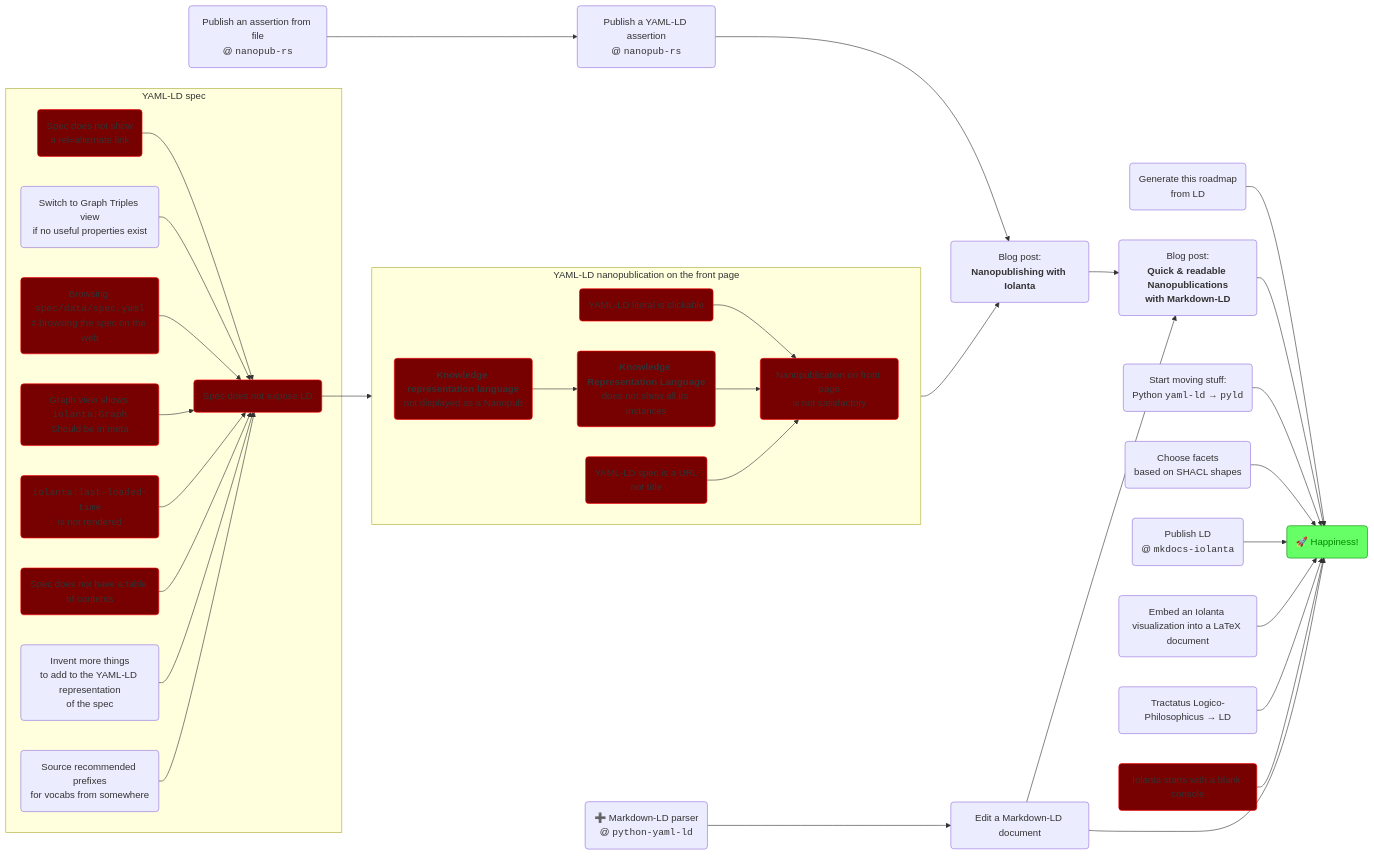
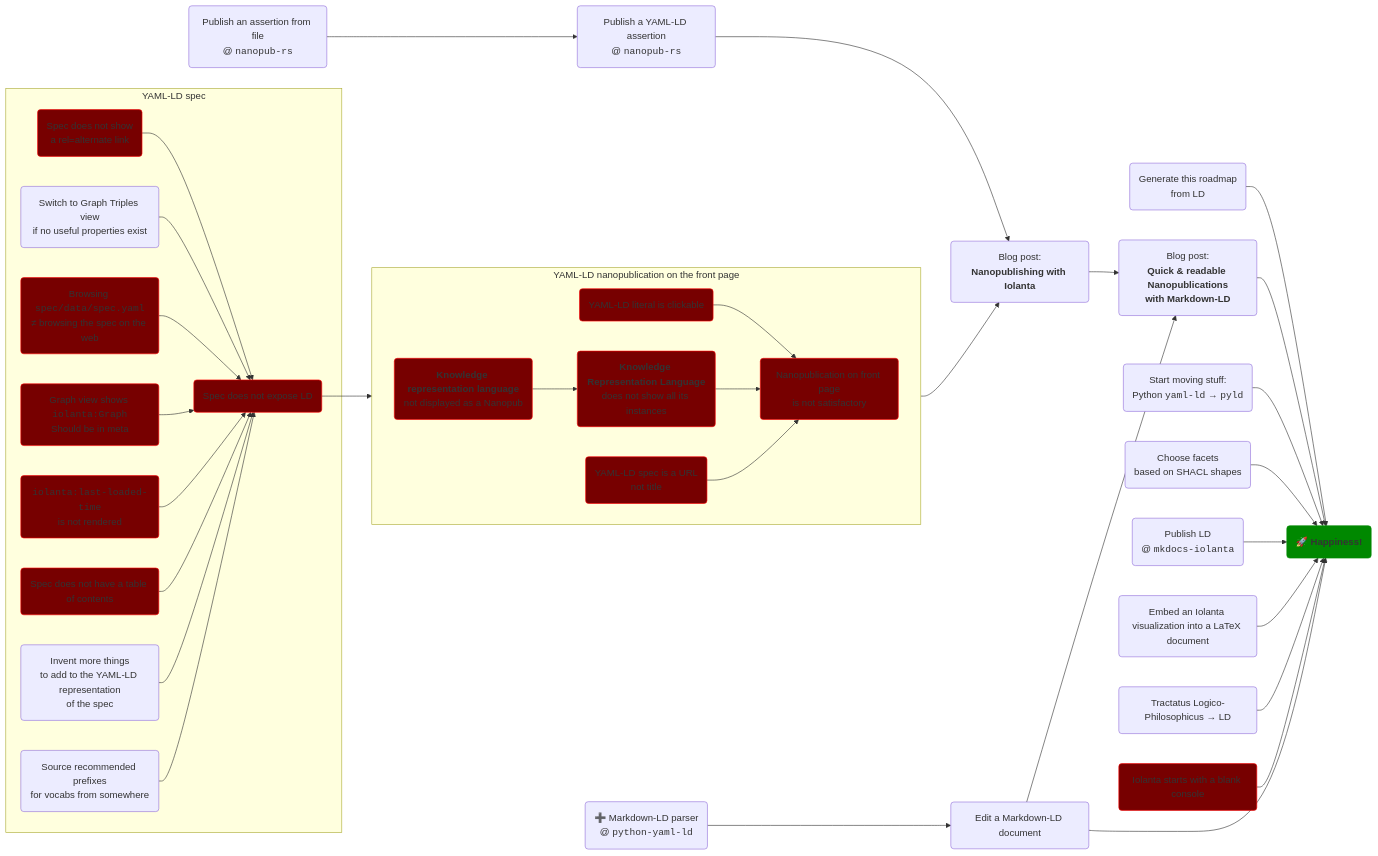
Before and after one commit to iolanta-tech/iolanta: the diagram in docs/roadmap.md, drawn with Mermaid.

Commit message:
Colors of happiness

````diff
--- a/docs/roadmap.md
+++ b/docs/roadmap.md
@@ -15,74 +15,74 @@
 ```mermaid
 graph LR
     happiness("🚀 Happiness!")
-    classDef happiness fill:#6f6,color:#080,stroke:#080,stroke-width:1px;
+    classDef happiness fill:#080,stroke:#080,stroke-width:1px,font-weight:bold;
     class happiness happiness
     
     generate-roadmap("Generate this roadmap<br/>from LD") --> happiness
     
     nanopub-blog-post("Blog post:<br/><strong>Nanopublishing with Iolanta</strong>") --> markdown-nanopub-blog-post("Blog post:<br/><strong>Quick & readable Nanopublications<br/>with Markdown-LD") --> happiness
     
     nanopub-rs-graph("Publish an assertion from file<br/>@ <code>nanopub-rs</code>") --> nanopub-yaml-ld("Publish a YAML-LD assertion<br/>@ <code>nanopub-rs</code>") --> nanopub-blog-post
     
     plan-yaml-ld-to-pyld("Start moving stuff:<br/>Python <code>yaml-ld</code> → <code>pyld</code>") --> happiness
     
     shacl("Choose facets<br/>based on SHACL shapes") --> happiness
     publish-with-mkdocs("Publish LD<br/>@ <code>mkdocs-iolanta</code>") --> happiness
     
     tex("Embed an Iolanta visualization into a LaTeX document") --> happiness
     tractatus("Tractatus Logico-Philosophicus → LD") --> happiness
     
     starts-from-console("Iolanta starts with a blank console") --> happiness
     class starts-from-console bug
     
     subgraph "YAML-LD nanopublication on the front page"
         direction LR
         nanopublication-is-not-satisfactory("Nanopublication on front page<br/>is not satisfactory")
         class nanopublication-is-not-satisfactory bug
         
         literal-clickable("YAML-LD literal is clickable") --> nanopublication-is-not-satisfactory
         click literal-clickable "https://github.com/iolanta-tech/iolanta/issues/260"
         class literal-clickable bug
         
         fip-term-messy("<strong>Knowledge representation language</strong><br/>not displayed as a Nanopub") --> fip-term-instances("<strong>Knowledge Representation Language</strong><br/>does not show all its instances") --> nanopublication-is-not-satisfactory
         class fip-term-messy bug
         class fip-term-instances bug
         
         spec("YAML-LD spec is a URL<br/>not title") --> nanopublication-is-not-satisfactory
         class spec bug
     end
     
     subgraph "YAML-LD spec"
         spec-not-ld("Spec does not expose LD") --> spec
         class spec-not-ld bug
 
         rel-alternate("Spec does not show<br/>a rel=alternate link") --> spec-not-ld
         class rel-alternate bug
         
         switch-to-graph("Switch to Graph Triples view<br/>if no useful properties exist") --> spec-not-ld
         
         mismatch("Browsing <code>spec/data/spec.yaml</code><br/>≠ browsing the spec on the web") --> spec-not-ld
         class mismatch bug
 
         gig("Graph view shows <code>iolanta:Graph</code><br/>Should be in meta") --> spec-not-ld
         class gig bug
         
         last-loaded-time("<code>iolanta:last-loaded-time</code><br/>is not rendered") --> spec-not-ld
         class last-loaded-time bug
         
         spec-toc("Spec does not have a table of contents") --> spec-not-ld
         class spec-toc bug
         
         more("Invent more things<br/>to add to the YAML-LD representation<br/>of the spec") --> spec-not-ld
         
         prefixes("Source recommended prefixes<br/>for vocabs from somewhere") --> spec-not-ld
     end
     
     nanopublication-is-not-satisfactory --> nanopub-blog-post
     
     python-yaml-ld-markdown-ld("➕ Markdown-LD parser<br/>@ <code>python-yaml-ld</code>") --> markdown-ld("Edit a Markdown-LD document") --> markdown-nanopub-blog-post
     click markdown-ld "https://github.com/iolanta-tech/iolanta/issues/261"
     markdown-ld --> happiness
         
     classDef bug fill:#700,stroke:#f00,stroke-width:1px;
 ```
````
